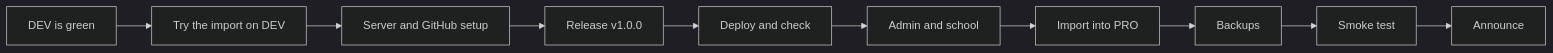
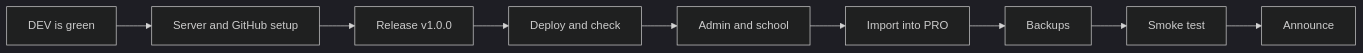
One commit to arnedb/signa changed the diagram in docs/FIRST-PRO-DEPLOY.md. Above: the diagram before and after it, drawn with Mermaid (dark theme). The commit also changed other lines of this file and 1 other file, not shown here.

First line of the commit message:
Do the legacy import on PRO only, never put real videos on DEV

````diff
--- a/docs/FIRST-PRO-DEPLOY.md
+++ b/docs/FIRST-PRO-DEPLOY.md
@@ -11,6 +16,6 @@
 ```mermaid
 flowchart LR
-  a[DEV is green] --> b[Try the import on DEV] --> c[Server and GitHub setup]
+  a[DEV is green] --> c[Server and GitHub setup]
   c --> d[Release v1.0.0] --> e[Deploy and check] --> f[Admin and school]
   f --> g[Import into PRO] --> h[Backups] --> i[Smoke test] --> j[Announce]
 ```
````
